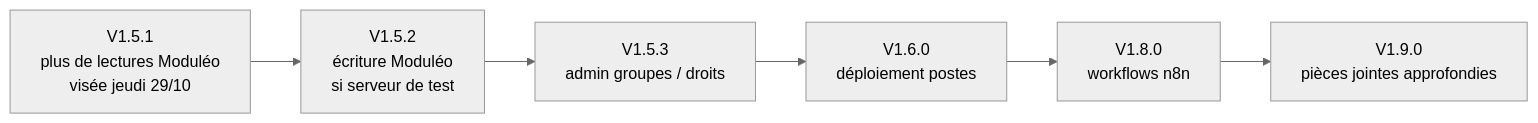
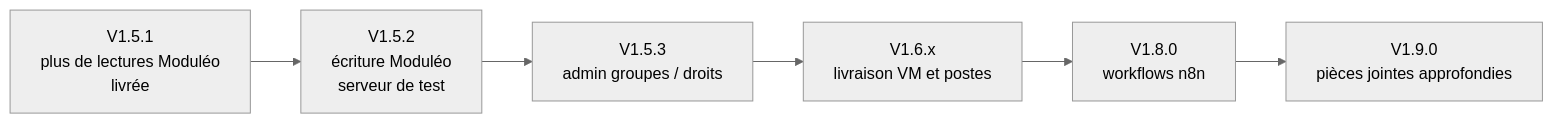
Before and after one commit to UlyssouLV/BBASS-Agents-IA: the third of 3 diagrams in README.md, drawn with Mermaid (neutral theme). The commit also changed other lines of this file and 5 other files, not shown here.

````diff
--- a/README.md
+++ b/README.md
@@ -161,8 +161,8 @@
 ```mermaid
 flowchart LR
-  V151["V1.5.1<br/>plus de lectures Moduléo<br/>visée jeudi 29/10"] --> V152["V1.5.2<br/>écriture Moduléo<br/>si serveur de test"]
+  V151["V1.5.1<br/>plus de lectures Moduléo<br/>livrée"] --> V152["V1.5.2<br/>écriture Moduléo<br/>serveur de test"]
   V152 --> V153["V1.5.3<br/>admin groupes / droits"]
-  V153 --> V160["V1.6.0<br/>déploiement postes"]
-  V160 --> V180["V1.8.0<br/>workflows n8n"]
+  V153 --> V16x["V1.6.x<br/>livraison VM et postes"]
+  V16x --> V180["V1.8.0<br/>workflows n8n"]
   V180 --> V190["V1.9.0<br/>pièces jointes approfondies"]
 ```
````
